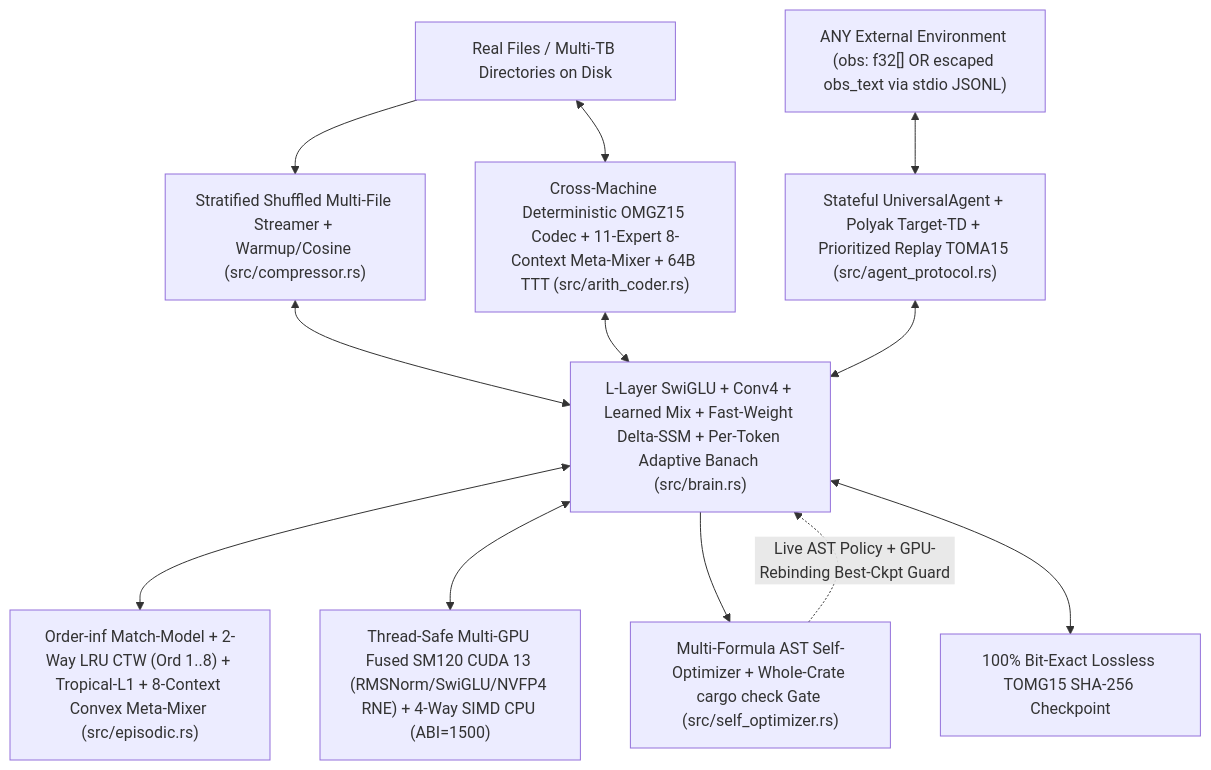
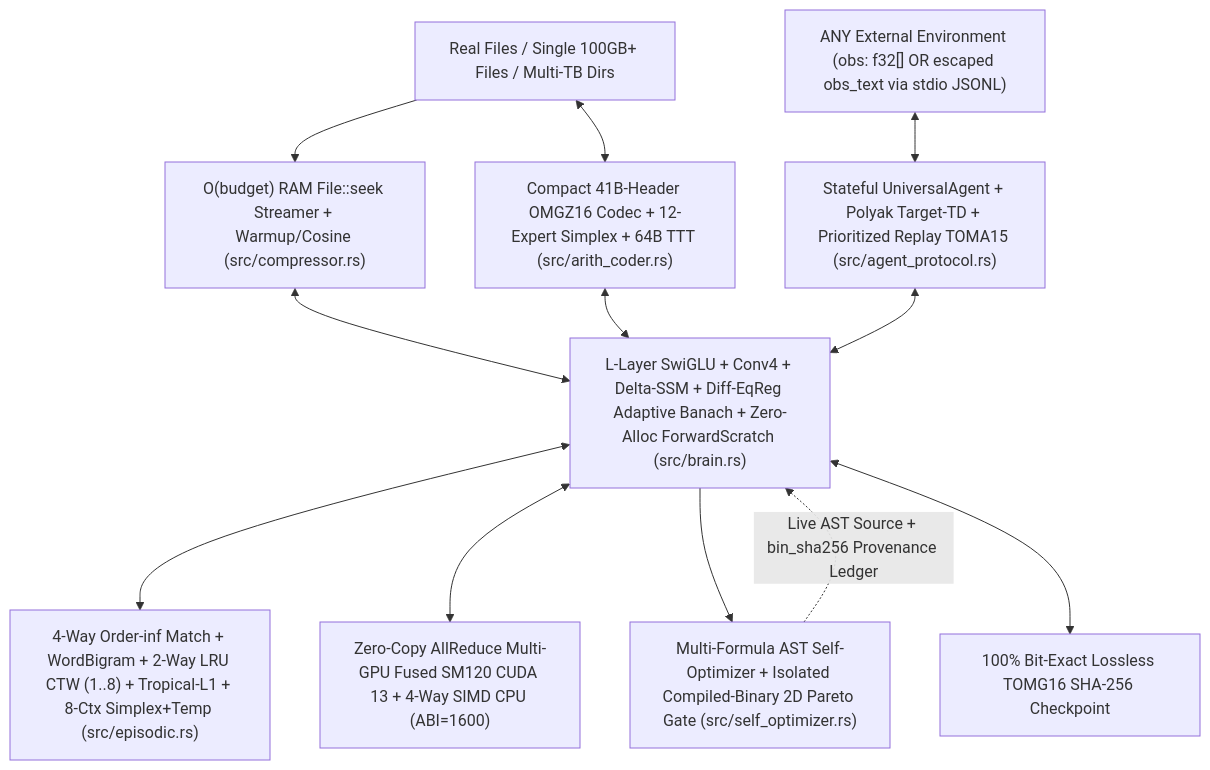
The diagram in 초지능/범용_초지능.md (flwjfxm0004/Defi), drawn with Mermaid before and after one commit. The commit also changed other lines of this file and 16 other files, not shown here.

````diff
--- a/초지능/범용_초지능.md
+++ b/초지능/범용_초지능.md
@@ -33,14 +32,14 @@
 ```mermaid
 flowchart TD
-    REAL["Real Files / Multi-TB Directories on Disk"] --> COMP["Stratified Shuffled Multi-File Streamer + Warmup/Cosine (src/compressor.rs)"]
-    REAL <--> CODEC["Cross-Machine Deterministic OMGZ15 Codec + 11-Expert 8-Context Meta-Mixer + 64B TTT (src/arith_coder.rs)"]
+    REAL["Real Files / Single 100GB+ Files / Multi-TB Dirs"] --> COMP["O(budget) RAM File::seek Streamer + Warmup/Cosine (src/compressor.rs)"]
+    REAL <--> CODEC["Compact 41B-Header OMGZ16 Codec + 12-Expert Simplex + 64B TTT (src/arith_coder.rs)"]
     EXT["ANY External Environment (obs: f32[] OR escaped obs_text via stdio JSONL)"] <--> AGENT["Stateful UniversalAgent + Polyak Target-TD + Prioritized Replay TOMA15 (src/agent_protocol.rs)"]
-    COMP <--> BRAIN["L-Layer SwiGLU + Conv4 + Learned Mix + Fast-Weight Delta-SSM + Per-Token Adaptive Banach (src/brain.rs)"]
+    COMP <--> BRAIN["L-Layer SwiGLU + Conv4 + Delta-SSM + Diff-EqReg Adaptive Banach + Zero-Alloc ForwardScratch (src/brain.rs)"]
     CODEC <--> BRAIN
     AGENT <--> BRAIN
-    BRAIN <--> MEM["Order-inf Match-Model + 2-Way LRU CTW (Ord 1..8) + Tropical-L1 + 8-Context Convex Meta-Mixer (src/episodic.rs)"]
-    BRAIN <--> GPU["Thread-Safe Multi-GPU Fused SM120 CUDA 13 (RMSNorm/SwiGLU/NVFP4 RNE) + 4-Way SIMD CPU (ABI=1500)"]
-    BRAIN --> OPT["Multi-Formula AST Self-Optimizer + Whole-Crate cargo check Gate (src/self_optimizer.rs)"]
-    OPT -. "Live AST Policy + GPU-Rebinding Best-Ckpt Guard" .-> BRAIN
-    BRAIN <--> CKPT["100% Bit-Exact Lossless TOMG15 SHA-256 Checkpoint"]
+    BRAIN <--> MEM["4-Way Order-inf Match + WordBigram + 2-Way LRU CTW (1..8) + Tropical-L1 + 8-Ctx Simplex+Temp (src/episodic.rs)"]
+    BRAIN <--> GPU["Zero-Copy AllReduce Multi-GPU Fused SM120 CUDA 13 + 4-Way SIMD CPU (ABI=1600)"]
+    BRAIN --> OPT["Multi-Formula AST Self-Optimizer + Isolated Compiled-Binary 2D Pareto Gate (src/self_optimizer.rs)"]
+    OPT -. "Live AST Source + bin_sha256 Provenance Ledger" .-> BRAIN
+    BRAIN <--> CKPT["100% Bit-Exact Lossless TOMG16 SHA-256 Checkpoint"]
 ```
````
